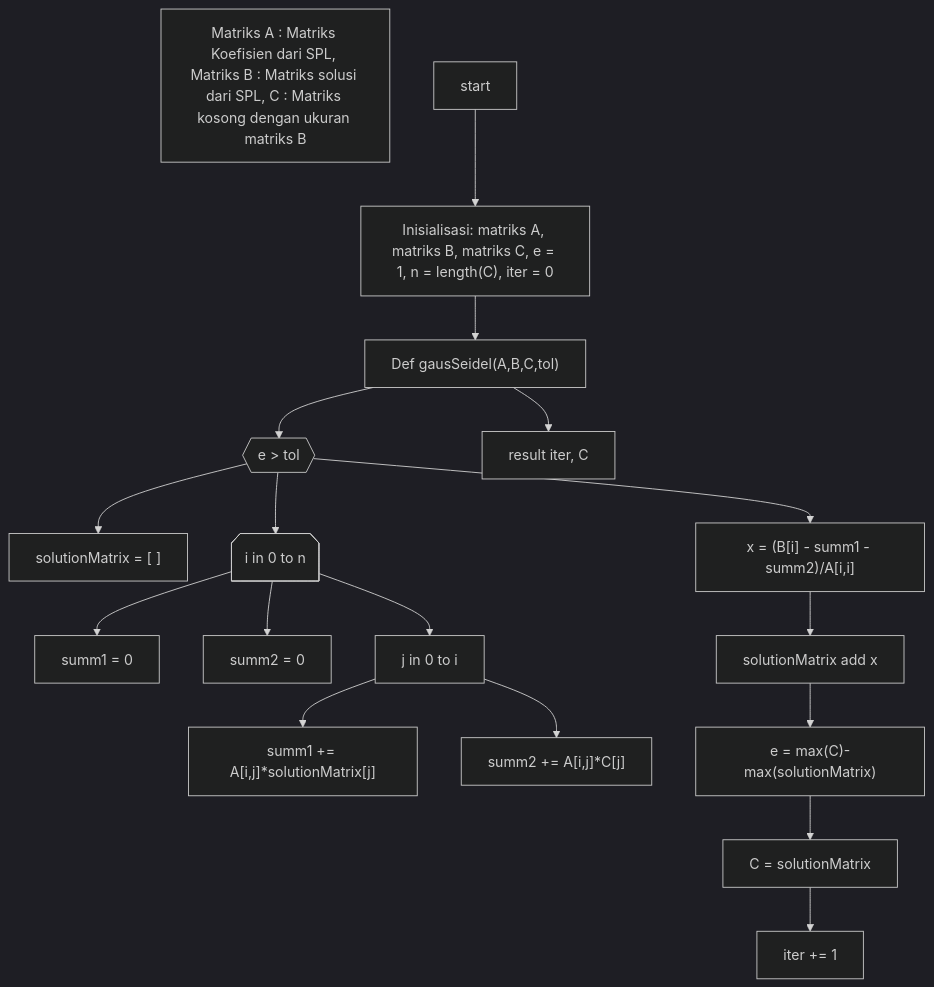
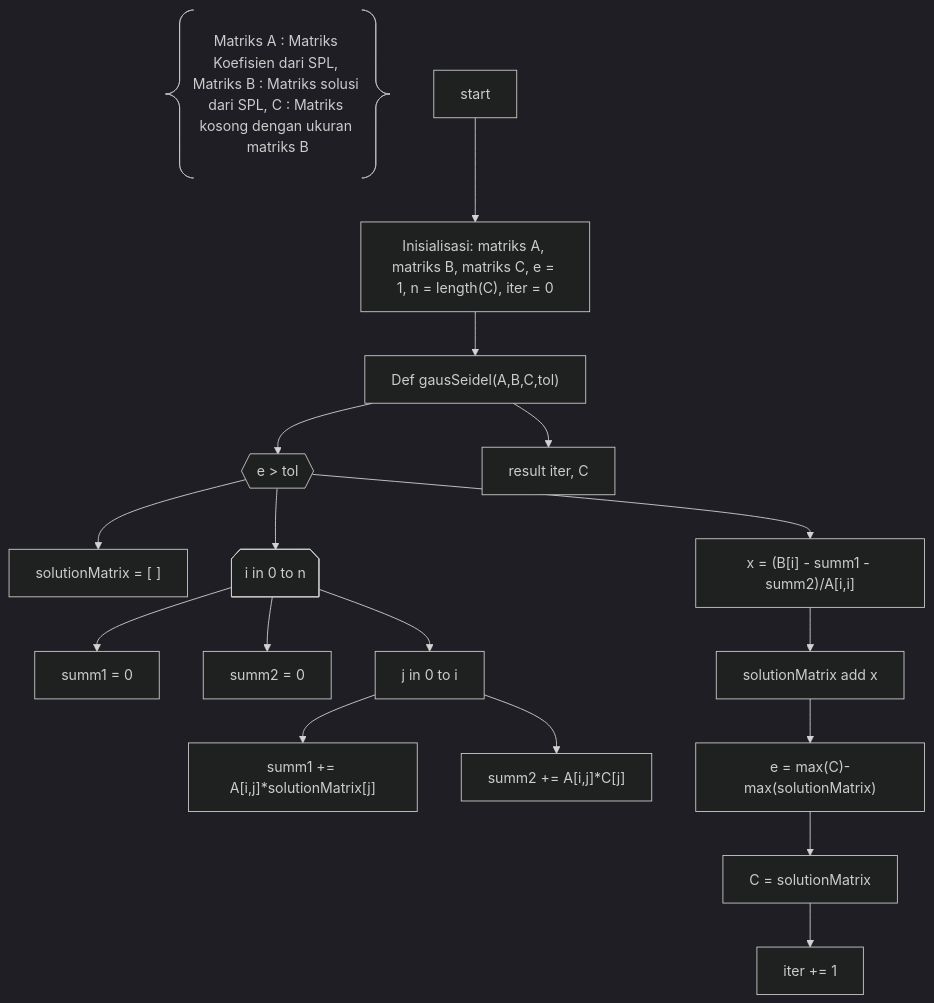
Before and after one commit to aslabkomfis/Komputasi-Numerik-24-25: the diagram in Modul-3/metode-gauss-seidel.mmd, drawn with Mermaid (dark theme).

```diff
--- a/Modul-3/metode-gauss-seidel.mmd
+++ b/Modul-3/metode-gauss-seidel.mmd
@@ -1,18 +1,18 @@
 flowchart TD;
-    Z["Matriks A : Matriks Koefisien dari SPL, Matriks B : Matriks solusi dari SPL, C : Matriks kosong dengan ukuran matriks B"]
+    Z@{ shape: braces, label: "Matriks A : Matriks Koefisien dari SPL, Matriks B : Matriks solusi dari SPL, C : Matriks kosong dengan ukuran matriks B" }
     A[start] --> B["Inisialisasi: matriks A, matriks B, matriks C, e = 1, n = length(C), iter = 0"] 
     B --> X["Def gausSeidel(A,B,C,tol)"]
     X --> C{{"e > tol"}}
     C --> D["solutionMatrix = [ ]"]
     C --> E@{shape: notch-pent, label: "i in 0 to n"}
     E --> F["summ1 = 0"]
     E --> G["summ2 = 0"]
     E --> H["j in 0 to i"]
     H --> I["summ1 += A[i,j]*solutionMatrix[j]"]
     H --> K["summ2 += A[i,j]*C[j]"]
     C --> L["x = (B[i] - summ1 - summ2)/A[i,i]"]
     L --> M["solutionMatrix add x"]
     M --> N["e = max(C)-max(solutionMatrix)"]
     N --> P["C = solutionMatrix"]
     P --> Q["iter += 1"]
     X --> R["result iter, C"]
```
